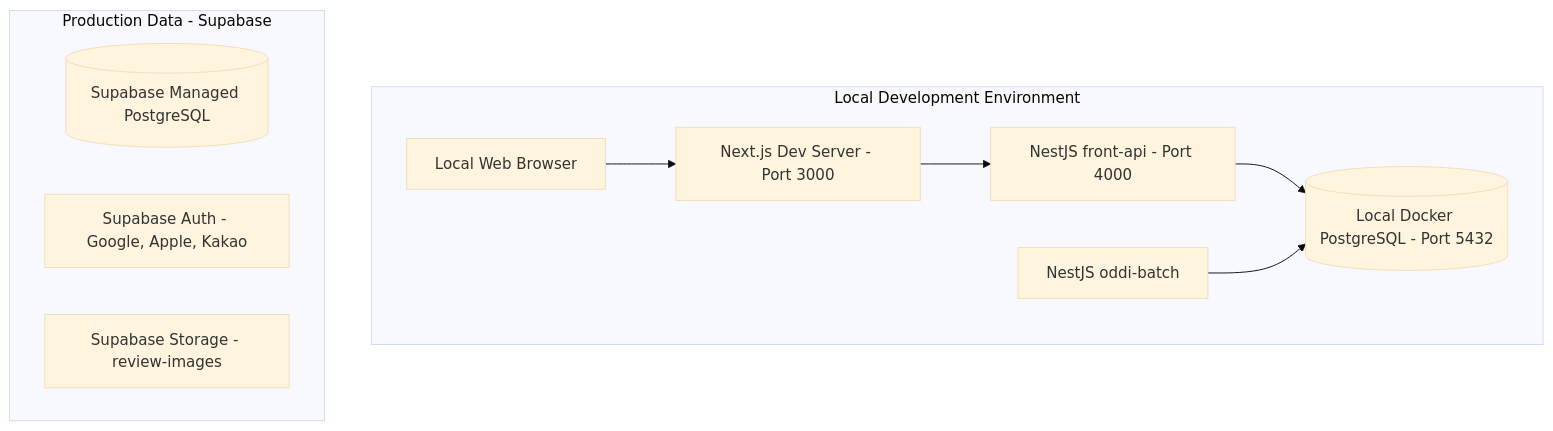
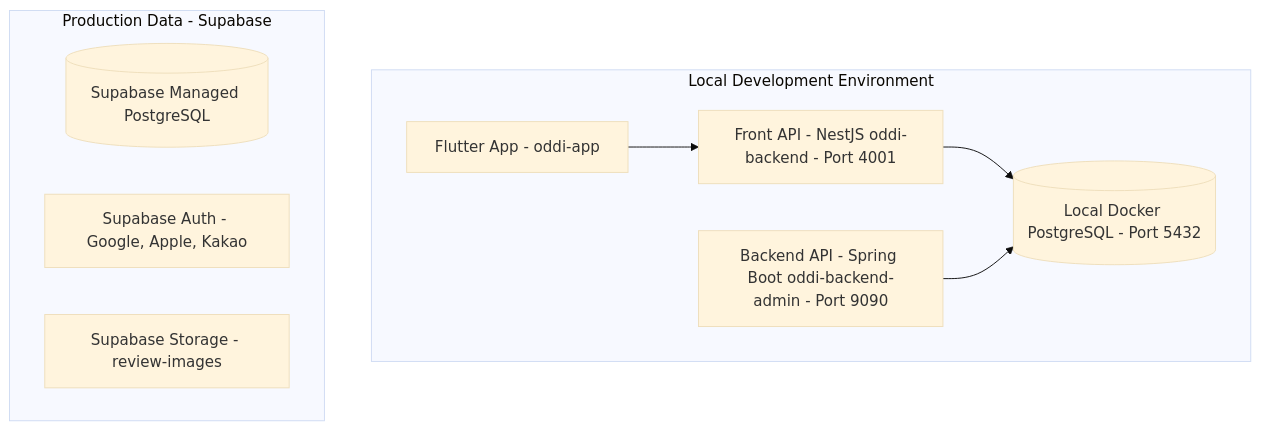
One commit to lzhqw1882/oddi-infra changed the diagram in docs/01-Infrastructure-Overview.md. Above: the diagram before and after it, drawn with Mermaid (base theme). The commit also changed other lines of this file and 2 other files, not shown here.

First line of the commit message:
docs: describe the app and APIs as separate repositories

````diff
--- a/docs/01-Infrastructure-Overview.md
+++ b/docs/01-Infrastructure-Overview.md
@@ -19,15 +25,14 @@
 ```mermaid
 graph TD
     subgraph Local Development Environment
-        DevBrowser[Local Web Browser] --> NextDev[Next.js Dev Server - Port 3000]
-        NextDev --> NestDev[NestJS front-api - Port 4000]
-        NestDev --> LocalDB[(Local Docker PostgreSQL - Port 5432)]
-        BatchDev[NestJS oddi-batch] --> LocalDB
+        App[Flutter App - oddi-app] --> FrontApi[Front API - NestJS oddi-backend - Port 4001]
+        FrontApi --> LocalDB[(Local Docker PostgreSQL - Port 5432)]
+        BackendApi[Backend API - Spring Boot oddi-backend-admin - Port 9090] --> LocalDB
     end
 
     subgraph Production Data - Supabase
         SupabaseDB[(Supabase Managed PostgreSQL)]
         SupabaseAuth[Supabase Auth - Google, Apple, Kakao]
         SupabaseStorage[Supabase Storage - review-images]
     end
 ```
````
